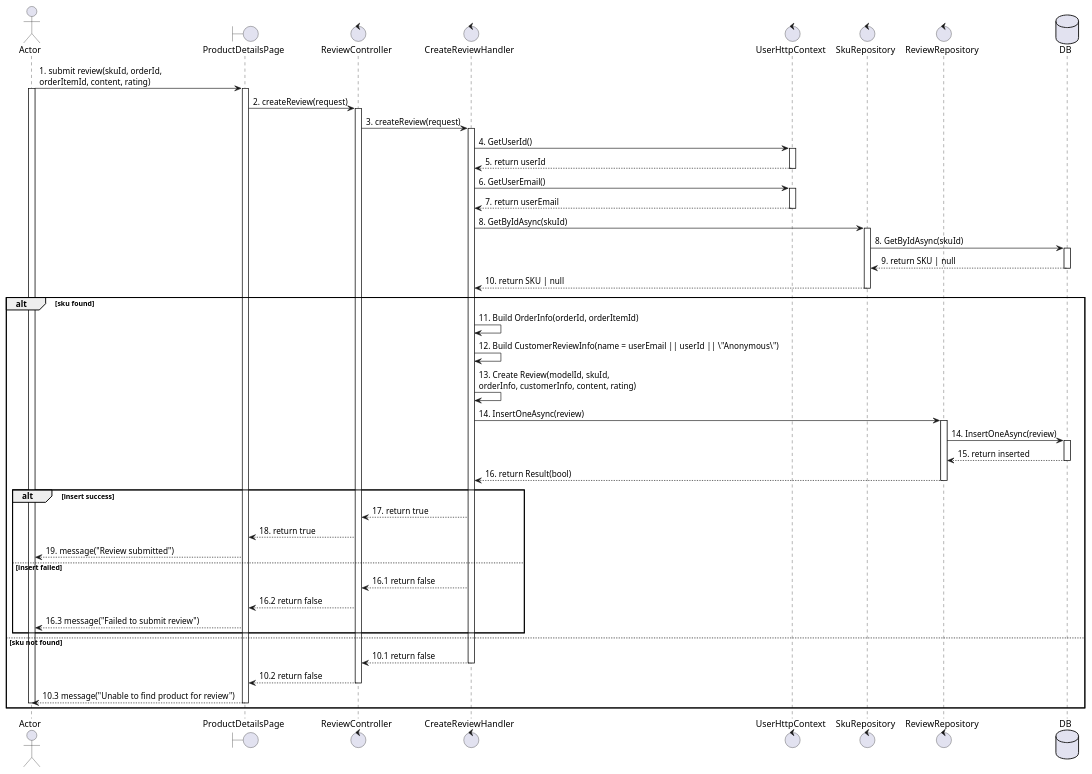
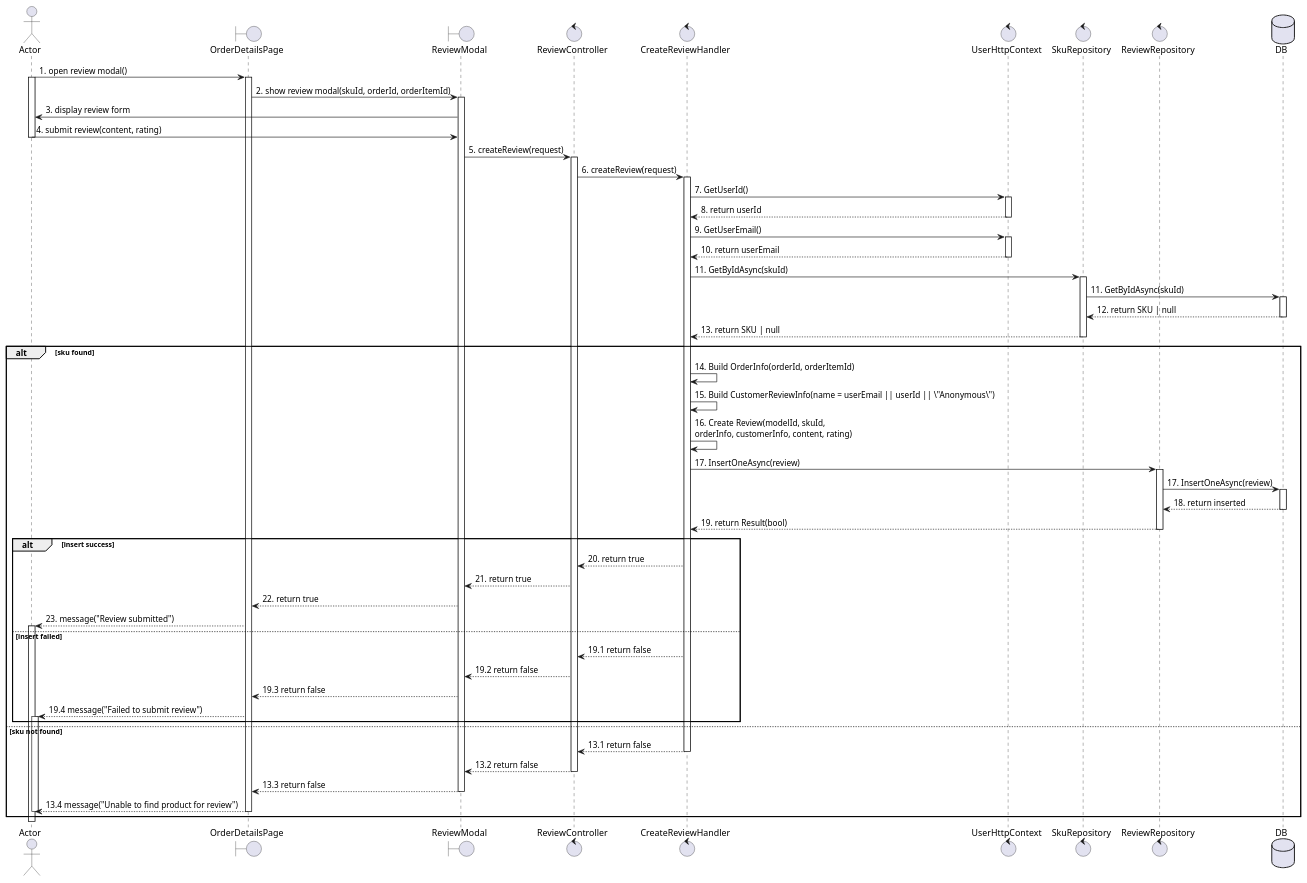
One commit to Young-Z-Generation-YZG/your-comfort-my-apple changed the diagram in docs/usecases/UC29_write-review.plantuml. Above: the diagram before and after it, drawn with PlantUML. The commit also changed 4 other files, not shown here.

```diff
--- a/docs/usecases/UC29_write-review.plantuml
+++ b/docs/usecases/UC29_write-review.plantuml
@@ -1,73 +1,87 @@
 @startuml UC33_write_review
 actor Actor
-boundary ProductDetailsPage
+boundary OrderDetailsPage
+boundary ReviewModal
 control ReviewController
 control CreateReviewHandler
 control UserHttpContext
 control SkuRepository
 control ReviewRepository
 database DB
 
-Actor -> ProductDetailsPage: 1. submit review(skuId, orderId,\norderItemId, content, rating)
+Actor -> OrderDetailsPage: 1. open review modal()
 activate Actor
-activate ProductDetailsPage
+activate OrderDetailsPage
 
-ProductDetailsPage -> ReviewController: 2. createReview(request)
+OrderDetailsPage -> ReviewModal: 2. show review modal(skuId, orderId, orderItemId)
+activate ReviewModal
+
+ReviewModal -> Actor: 3. display review form
+Actor -> ReviewModal: 4. submit review(content, rating)
+deactivate Actor
+
+ReviewModal -> ReviewController: 5. createReview(request)
 activate ReviewController
 
-ReviewController -> CreateReviewHandler: 3. createReview(request)
+ReviewController -> CreateReviewHandler: 6. createReview(request)
 activate CreateReviewHandler
 
-CreateReviewHandler -> UserHttpContext: 4. GetUserId()
+CreateReviewHandler -> UserHttpContext: 7. GetUserId()
 activate UserHttpContext
-UserHttpContext --> CreateReviewHandler: 5. return userId
+UserHttpContext --> CreateReviewHandler: 8. return userId
 deactivate UserHttpContext
 
-CreateReviewHandler -> UserHttpContext: 6. GetUserEmail()
+CreateReviewHandler -> UserHttpContext: 9. GetUserEmail()
 activate UserHttpContext
-UserHttpContext --> CreateReviewHandler: 7. return userEmail
+UserHttpContext --> CreateReviewHandler: 10. return userEmail
 deactivate UserHttpContext
 
-CreateReviewHandler -> SkuRepository: 8. GetByIdAsync(skuId)
+CreateReviewHandler -> SkuRepository: 11. GetByIdAsync(skuId)
 activate SkuRepository
-SkuRepository -> DB: 8. GetByIdAsync(skuId)
+SkuRepository -> DB: 11. GetByIdAsync(skuId)
 activate DB
-DB --> SkuRepository: 9. return SKU | null
+DB --> SkuRepository: 12. return SKU | null
 deactivate DB
-SkuRepository --> CreateReviewHandler: 10. return SKU | null
+SkuRepository --> CreateReviewHandler: 13. return SKU | null
 deactivate SkuRepository
 
 alt sku found
-    CreateReviewHandler -> CreateReviewHandler: 11. Build OrderInfo(orderId, orderItemId)
-    CreateReviewHandler -> CreateReviewHandler: 12. Build CustomerReviewInfo(name = userEmail || userId || \"Anonymous\")
-    CreateReviewHandler -> CreateReviewHandler: 13. Create Review(modelId, skuId,\norderInfo, customerInfo, content, rating)
+    CreateReviewHandler -> CreateReviewHandler: 14. Build OrderInfo(orderId, orderItemId)
+    CreateReviewHandler -> CreateReviewHandler: 15. Build CustomerReviewInfo(name = userEmail || userId || \"Anonymous\")
+    CreateReviewHandler -> CreateReviewHandler: 16. Create Review(modelId, skuId,\norderInfo, customerInfo, content, rating)
 
-    CreateReviewHandler -> ReviewRepository: 14. InsertOneAsync(review)
+    CreateReviewHandler -> ReviewRepository: 17. InsertOneAsync(review)
     activate ReviewRepository
-    ReviewRepository -> DB: 14. InsertOneAsync(review)
+    ReviewRepository -> DB: 17. InsertOneAsync(review)
     activate DB
-    DB --> ReviewRepository: 15. return inserted
+    DB --> ReviewRepository: 18. return inserted
     deactivate DB
-    ReviewRepository --> CreateReviewHandler: 16. return Result(bool)
+    ReviewRepository --> CreateReviewHandler: 19. return Result(bool)
     deactivate ReviewRepository
 
     alt insert success
-        CreateReviewHandler --> ReviewController: 17. return true
-        ReviewController --> ProductDetailsPage: 18. return true
-        ProductDetailsPage --> Actor: 19. message("Review submitted")
+        CreateReviewHandler --> ReviewController: 20. return true
+        ReviewController --> ReviewModal: 21. return true
+        ReviewModal --> OrderDetailsPage: 22. return true
+        OrderDetailsPage --> Actor: 23. message("Review submitted")
+        activate Actor
     else insert failed
-        CreateReviewHandler --> ReviewController: 16.1 return false
-        ReviewController --> ProductDetailsPage: 16.2 return false
-        ProductDetailsPage --> Actor: 16.3 message("Failed to submit review")
+        CreateReviewHandler --> ReviewController: 19.1 return false
+        ReviewController --> ReviewModal: 19.2 return false
+        ReviewModal --> OrderDetailsPage: 19.3 return false
+        OrderDetailsPage --> Actor: 19.4 message("Failed to submit review")
+        activate Actor
     end
 else sku not found
-    CreateReviewHandler --> ReviewController: 10.1 return false
+    CreateReviewHandler --> ReviewController: 13.1 return false
     deactivate CreateReviewHandler
-    ReviewController --> ProductDetailsPage: 10.2 return false
+    ReviewController --> ReviewModal: 13.2 return false
     deactivate ReviewController
-    ProductDetailsPage --> Actor: 10.3 message("Unable to find product for review")
-    deactivate ProductDetailsPage
+    ReviewModal --> OrderDetailsPage: 13.3 return false
+    deactivate ReviewModal
+    OrderDetailsPage --> Actor: 13.4 message("Unable to find product for review")
+    deactivate OrderDetailsPage
     deactivate Actor
 end
 
 @enduml
```
